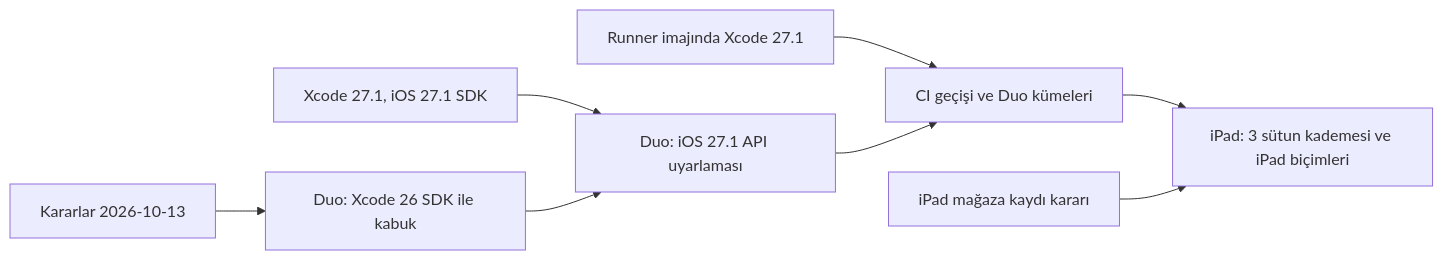
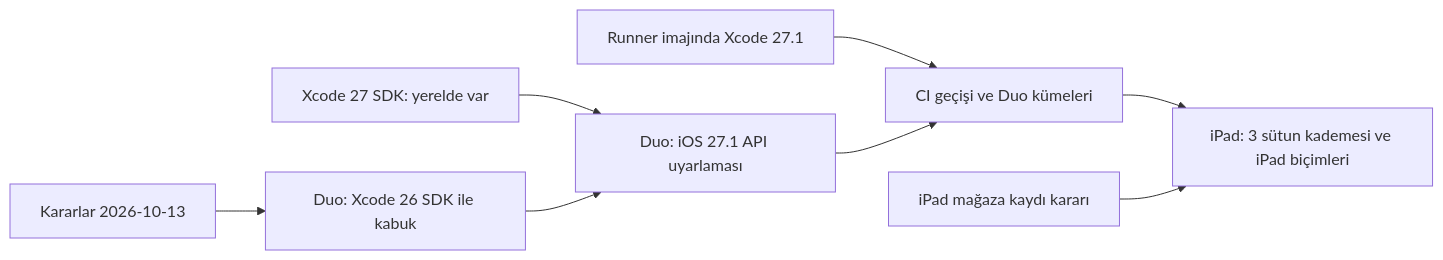
Before and after one commit to dogancanyildiz/kenet: the fourth of 4 diagrams in docs/roadmap.md, drawn with Mermaid. The commit also changed other lines of this file and 9 other files, not shown here.

````diff
--- a/docs/roadmap.md
+++ b/docs/roadmap.md
@@ -218,10 +218,10 @@
 ```mermaid
 flowchart LR
     K["Kararlar 2026-10-13"] --> D0["Duo: Xcode 26 SDK ile kabuk"]
-    X["Xcode 27.1, iOS 27.1 SDK"] --> D1["Duo: iOS 27.1 API uyarlaması"]
+    X["Xcode 27 SDK: yerelde var"] --> D1["Duo: iOS 27.1 API uyarlaması"]
     R["Runner imajında Xcode 27.1"] --> D2["CI geçişi ve Duo kümeleri"]
     D0 --> D1
     D1 --> D2
     D2 --> IP["iPad: 3 sütun kademesi ve iPad biçimleri"]
     M["iPad mağaza kaydı kararı"] --> IP
 ```
````
